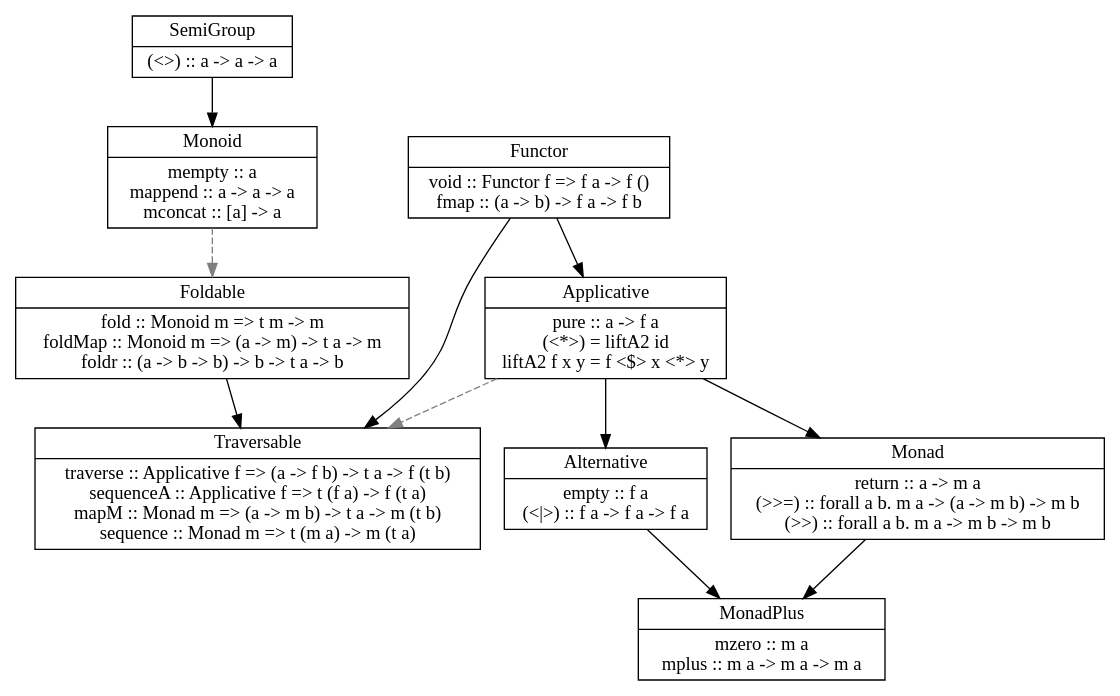
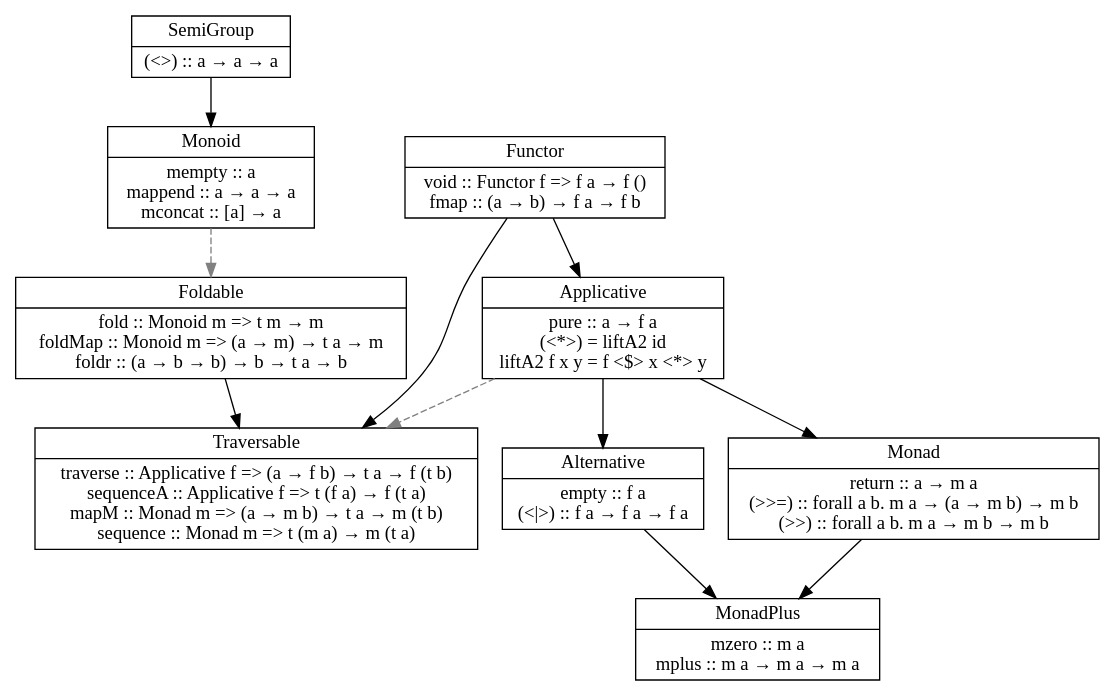
One commit to fuszenecker/HsDie changed the diagram in HaskellTypeClasses.gv. Above: the diagram before and after it, drawn with Graphviz. The commit also changed 2 other files, not shown here.

```diff
--- a/HaskellTypeClasses.gv
+++ b/HaskellTypeClasses.gv
@@ -1,59 +1,59 @@
 digraph TECU {
     graph [ fontname = "dubai" ]
     node  [ fontname = "dubai" shape = record ]
     edge  [ fontname = "dubai" ]
 
     SemiGroup [
-        label = "{SemiGroup|(\<\>) :: a -\> a -\> a}"
+        label = "{SemiGroup|(\<\>) :: a → a → a}"
     ]
 
     Monoid [
-        label = "{Monoid|mempty :: a\nmappend :: a -\> a -\> a\nmconcat :: [a] -\> a}"
+        label = "{Monoid|mempty :: a\nmappend :: a → a → a\nmconcat :: [a] → a}"
     ]
 
     Foldable [
-        label = "{Foldable|fold :: Monoid m =\> t m -\> m\nfoldMap :: Monoid m =\> (a -\> m) -\> t a -\> m\nfoldr :: (a -\> b -\> b) -\> b -\> t a -\> b}"
+        label = "{Foldable|fold :: Monoid m =\> t m → m\nfoldMap :: Monoid m =\> (a → m) → t a → m\nfoldr :: (a → b → b) → b → t a → b}"
     ]
 
     Traversable [
-        label = "{Traversable|traverse :: Applicative f =\> (a -\> f b) -\> t a -\> f (t b)\nsequenceA :: Applicative f =\> t (f a) -\> f (t a)\nmapM :: Monad m =\> (a -\> m b) -\> t a -\> m (t b)\nsequence :: Monad m =\> t (m a) -\> m (t a)}"
+        label = "{Traversable|traverse :: Applicative f =\> (a → f b) → t a → f (t b)\nsequenceA :: Applicative f =\> t (f a) → f (t a)\nmapM :: Monad m =\> (a → m b) → t a → m (t b)\nsequence :: Monad m =\> t (m a) → m (t a)}"
     ]
 
     Functor [
-        label = "{Functor|void :: Functor f =\> f a -\> f ()\nfmap :: (a -\> b) -\> f a -\> f b}"
+        label = "{Functor|void :: Functor f =\> f a → f ()\nfmap :: (a → b) → f a → f b}"
     ]
 
     Applicative [
-        label = "{Applicative|pure :: a -\> f a\n(\<*\>) = liftA2 id\nliftA2 f x y = f \<$\> x \<*\> y}"
+        label = "{Applicative|pure :: a → f a\n(\<*\>) = liftA2 id\nliftA2 f x y = f \<$\> x \<*\> y}"
     ]
 
     Alternative [
-        label = "{Alternative|empty :: f a\n(\<\|\>) :: f a -\> f a -\> f a}"
+        label = "{Alternative|empty :: f a\n(\<\|\>) :: f a → f a → f a}"
     ]
 
     Monad [
-        label = "{Monad|return :: a -\> m a\n(\>\>=) :: forall a b. m a -\> (a -\> m b) -\> m b\n(\>\>) :: forall a b. m a -\> m b -\> m b}"
+        label = "{Monad|return :: a → m a\n(\>\>=) :: forall a b. m a → (a → m b) → m b\n(\>\>) :: forall a b. m a → m b → m b}"
     ]
 
     MonadPlus [
-        label = "{MonadPlus|mzero :: m a\nmplus :: m a -\> m a -\> m a}"
+        label = "{MonadPlus|mzero :: m a\nmplus :: m a → m a → m a}"
     ]
 
     SemiGroup -> Monoid
 
     Foldable -> Traversable
 
     Functor -> Traversable
 
     Functor -> Applicative
     Applicative -> Monad
     Applicative -> Alternative
 
     Monad -> MonadPlus
     Alternative -> MonadPlus
 
     edge [ style = dashed, color = grey ]
 
     Monoid -> Foldable
     Applicative -> Traversable
 }
```
